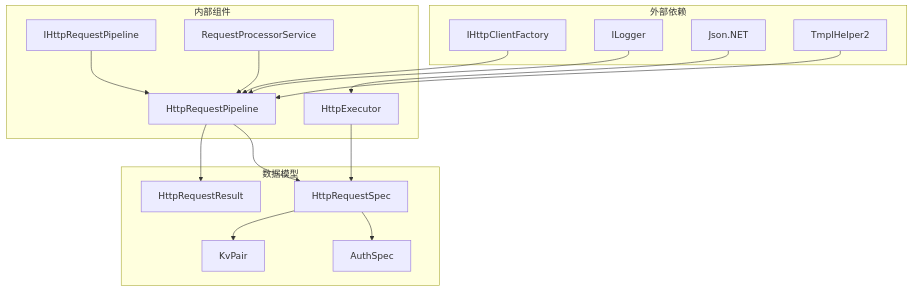
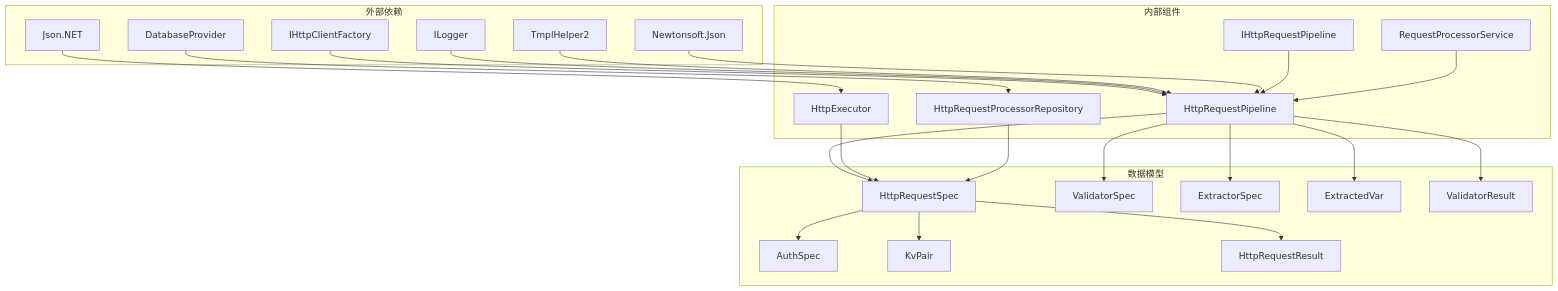
The eighth of 8 diagrams in .qoder/repowiki/zh/content/工具库详解/HTTP 请求管道基础设施.md (Sosososolong/AirGo), drawn with Mermaid before and after one commit. The commit also changed other lines of this file and 7 other files, not shown here.

````diff
--- a/.qoder/repowiki/zh/content/工具库详解/HTTP 请求管道基础设施.md
+++ b/.qoder/repowiki/zh/content/工具库详解/HTTP 请求管道基础设施.md
@@ -299,32 +358,46 @@
 ```mermaid
 graph TB
 subgraph "外部依赖"
 A[IHttpClientFactory]
 B[ILogger]
 C[Json.NET]
 D[TmplHelper2]
+E[DatabaseProvider]
+F[Newtonsoft.Json]
 end
 subgraph "内部组件"
-E[IHttpRequestPipeline]
-F[HttpRequestPipeline]
-G[HttpExecutor]
-H[RequestProcessorService]
+G[IHttpRequestPipeline]
+H[HttpRequestPipeline]
+I[HttpExecutor]
+J[RequestProcessorService]
+K[HttpRequestProcessorRepository]
 end
 subgraph "数据模型"
-I[HttpRequestSpec]
-J[AuthSpec]
-K[KvPair]
-L[HttpRequestResult]
+L[HttpRequestSpec]
+M[AuthSpec]
+N[KvPair]
+O[HttpRequestResult]
+P[ValidatorSpec]
+Q[ExtractorSpec]
+R[ExtractedVar]
+S[ValidatorResult]
 end
-A --> F
-B --> F
-C --> G
-D --> F
-E --> F
-F --> I
-G --> I
-H --> F
-I --> J
-I --> K
-F --> L
+A --> H
+B --> H
+C --> I
+D --> H
+E --> K
+F --> H
+G --> H
+H --> L
+I --> L
+J --> H
+K --> L
+L --> M
+L --> N
+L --> O
+H --> P
+H --> Q
+H --> R
+H --> S
 ```
````
